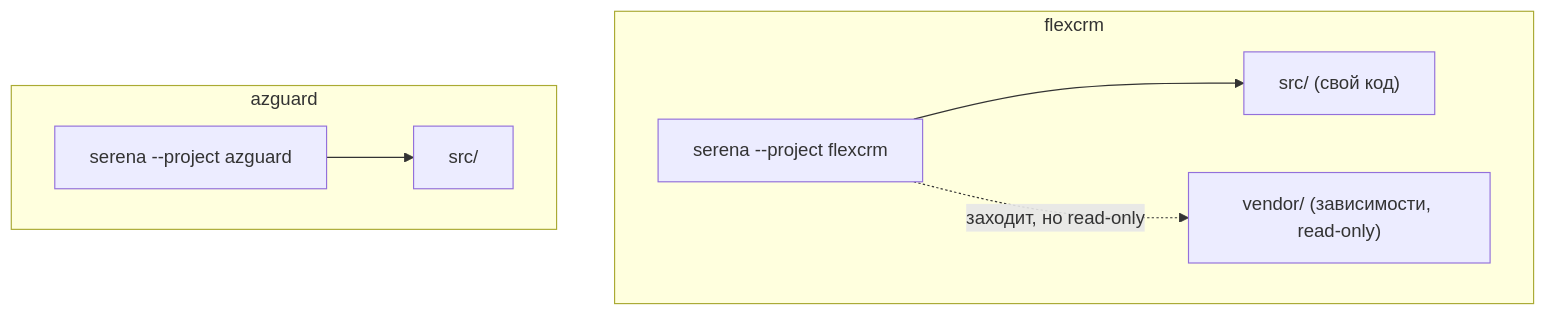
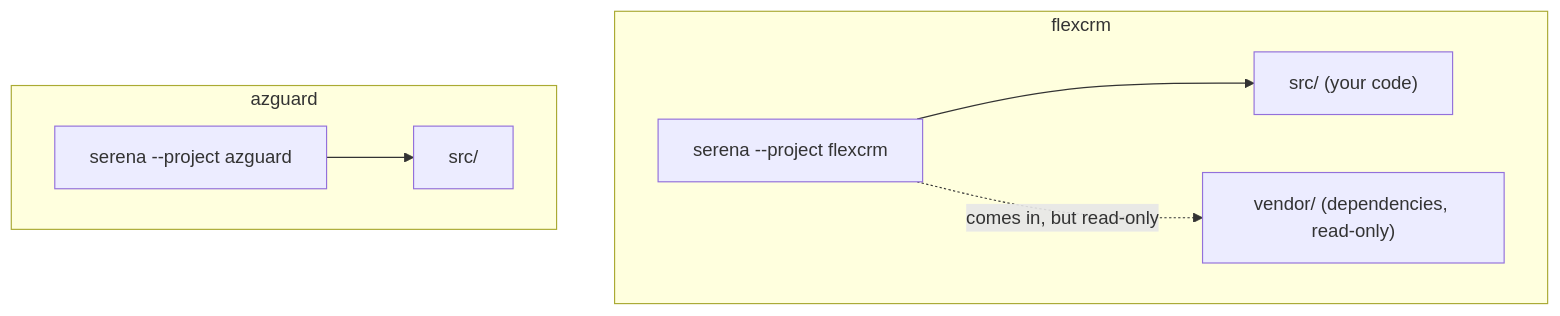
One commit to academici/swissknifeman changed the third of 5 diagrams in packages/maind/docs/guide/design-notes.md. Above: the diagram before and after it, drawn with Mermaid. The commit also changed other lines of this file and 1553 other files, not shown here.

````diff
--- a/packages/maind/docs/guide/design-notes.md
+++ b/packages/maind/docs/guide/design-notes.md
@@ -77,15 +77,15 @@
 ```mermaid
 graph TB
   subgraph fx["flexcrm"]
-    C1["src/ (свой код)"]
-    V1["vendor/ (зависимости, read-only)"]
+    C1["src/ (your code)"]
+    V1["vendor/ (dependencies, read-only)"]
     SER1["serena --project flexcrm"]
     SER1 --> C1
-    SER1 -. "заходит, но read-only" .-> V1
+    SER1 -. "comes in, but read-only" .-> V1
   end
   subgraph az["azguard"]
     C2["src/"]
     SER2["serena --project azguard"]
     SER2 --> C2
   end
 ```
````
